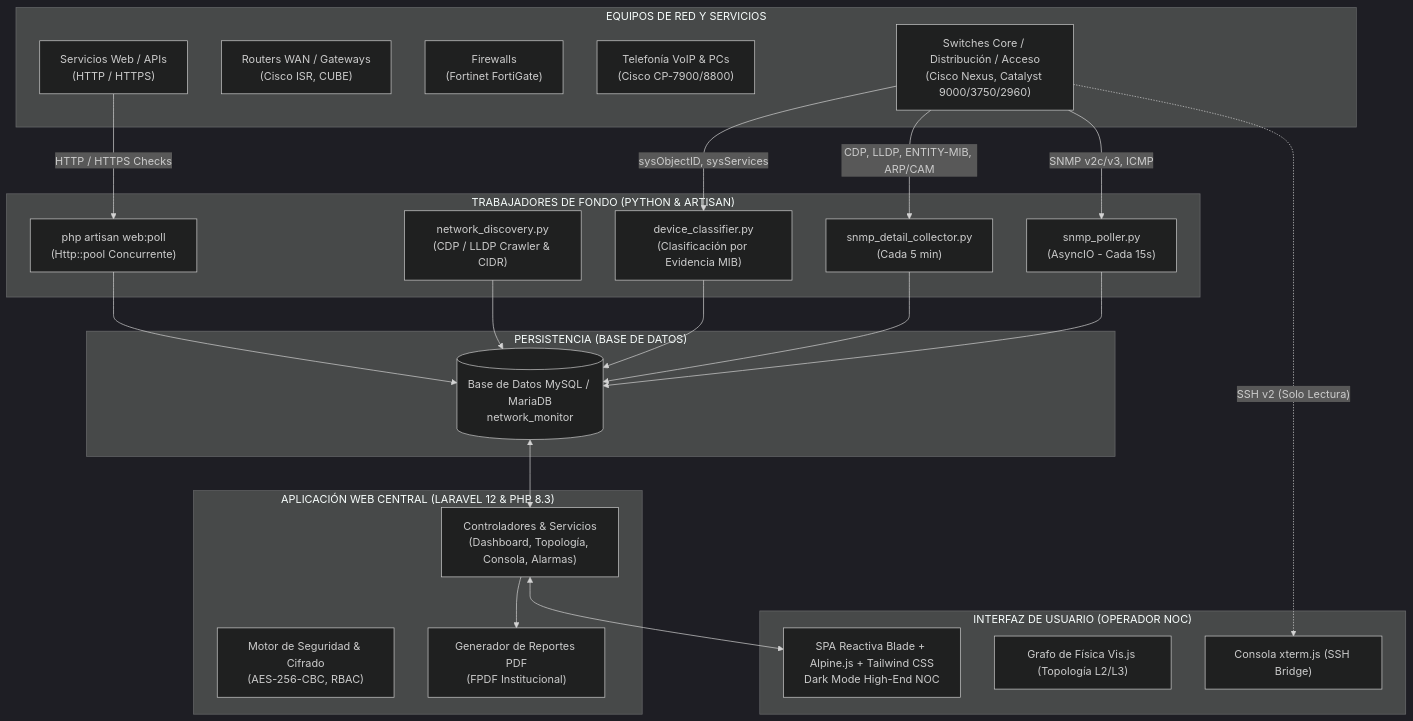
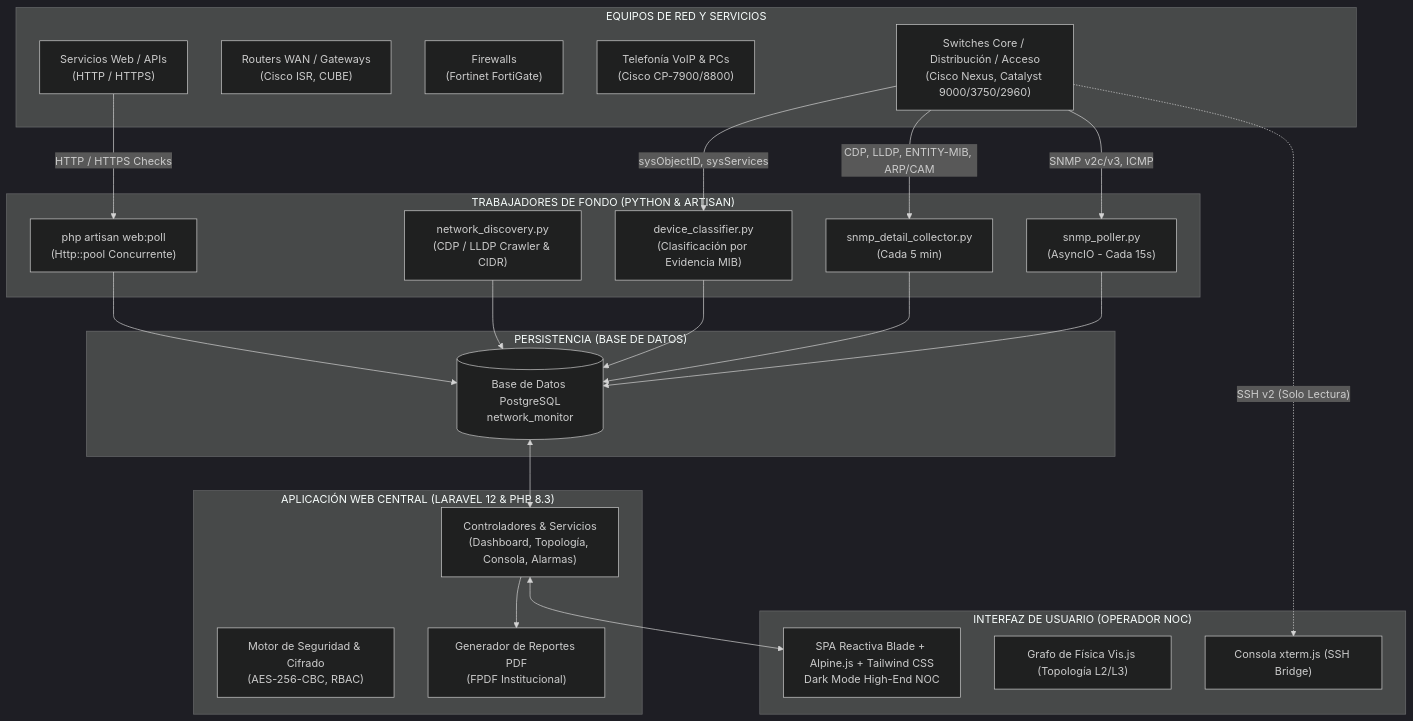
One commit to 2125200128-cloud/network-monitor changed the first of 2 diagrams in DOCUMENTACION_SISTEMA_NOC.md. Above: the diagram before and after it, drawn with Mermaid (dark theme). The commit also changed other lines of this file and 53 other files, not shown here.

Commit message:
feat: alertas Telegram por sector, nueva Virtualizacion, incidencias web, solo PostgreSQL y HTTPS

````diff
--- a/DOCUMENTACION_SISTEMA_NOC.md
+++ b/DOCUMENTACION_SISTEMA_NOC.md
@@ -32,50 +32,50 @@
 ```mermaid
 flowchart TB
     subgraph Infraestructura ["EQUIPOS DE RED Y SERVICIOS"]
         Switches["Switches Core / Distribución / Acceso<br/>(Cisco Nexus, Catalyst 9000/3750/2960)"]
         Routers["Routers WAN / Gateways<br/>(Cisco ISR, CUBE)"]
         Firewalls["Firewalls<br/>(Fortinet FortiGate)"]
         VoIP["Telefonía VoIP & PCs<br/>(Cisco CP-7900/8800)"]
         Webs["Servicios Web / APIs<br/>(HTTP / HTTPS)"]
     end
 
     subgraph Workers ["TRABAJADORES DE FONDO (PYTHON & ARTISAN)"]
         SNMP_Poller["snmp_poller.py<br/>(AsyncIO - Cada 15s)"]
         SNMP_Detail["snmp_detail_collector.py<br/>(Cada 5 min)"]
         Classifier["device_classifier.py<br/>(Clasificación por Evidencia MIB)"]
         Discovery["network_discovery.py<br/>(CDP / LLDP Crawler & CIDR)"]
         WebPoller["php artisan web:poll<br/>(Http::pool Concurrente)"]
     end
 
     subgraph Storage ["PERSISTENCIA (BASE DE DATOS)"]
-        MySQL[("Base de Datos MySQL / MariaDB<br/>network_monitor")]
+        BD[("Base de Datos PostgreSQL<br/>network_monitor")]
     end
 
     subgraph CoreApp ["APLICACIÓN WEB CENTRAL (LARAVEL 12 & PHP 8.3)"]
         Controllers["Controladores & Servicios<br/>(Dashboard, Topología, Consola, Alarmas)"]
         Crypto["Motor de Seguridad & Cifrado<br/>(AES-256-CBC, RBAC)"]
         Reporting["Generador de Reportes PDF<br/>(FPDF Institucional)"]
     end
 
     subgraph Frontend ["INTERFAZ DE USUARIO (OPERADOR NOC)"]
         UI["SPA Reactiva Blade + Alpine.js + Tailwind CSS<br/>Dark Mode High-End NOC"]
         VisGraph["Grafo de Física Vis.js (Topología L2/L3)"]
         Term["Consola xterm.js (SSH Bridge)"]
     end
 
     Switches -- "SNMP v2c/v3, ICMP" --> SNMP_Poller
     Switches -- "CDP, LLDP, ENTITY-MIB, ARP/CAM" --> SNMP_Detail
     Switches -- "sysObjectID, sysServices" --> Classifier
     Webs -- "HTTP / HTTPS Checks" --> WebPoller
     Switches -. "SSH v2 (Solo Lectura)" .-> Term
 
-    SNMP_Poller --> MySQL
-    SNMP_Detail --> MySQL
-    Classifier --> MySQL
-    Discovery --> MySQL
-    WebPoller --> MySQL
+    SNMP_Poller --> BD
+    SNMP_Detail --> BD
+    Classifier --> BD
+    Discovery --> BD
+    WebPoller --> BD
 
-    MySQL <--> Controllers
+    BD <--> Controllers
     Controllers <--> UI
     Controllers --> Reporting
 ```
````
